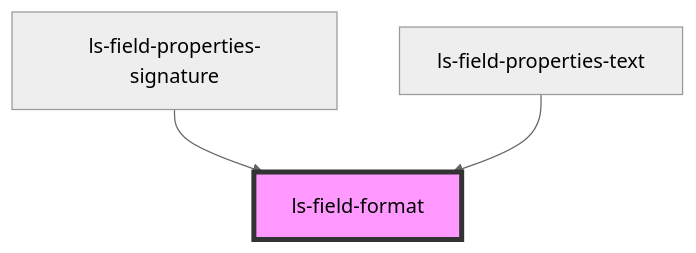
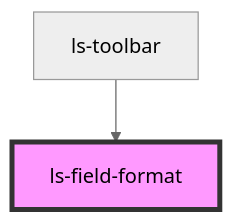
The diagram in src/components/ls-field-format/readme.md (legalesign/ls-document-viewer), drawn with Mermaid (neutral theme) before and after one commit. The commit also changed other lines of this file and 18 other files, not shown here.

````diff
--- a/src/components/ls-field-format/readme.md
+++ b/src/components/ls-field-format/readme.md
@@ -23,6 +22,5 @@
 ```mermaid
 graph TD;
-  ls-field-properties-signature --> ls-field-format
-  ls-field-properties-text --> ls-field-format
+  ls-toolbar --> ls-field-format
   style ls-field-format fill:#f9f,stroke:#333,stroke-width:4px
 ```
````
